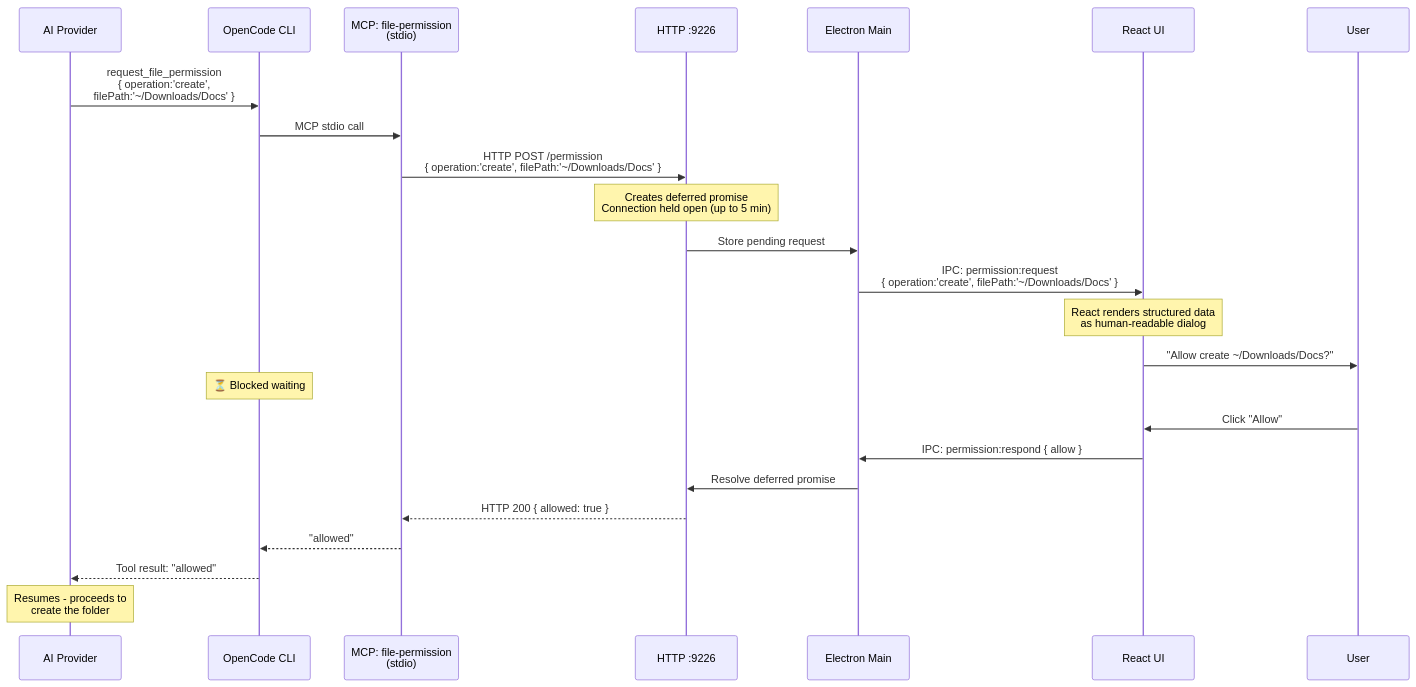
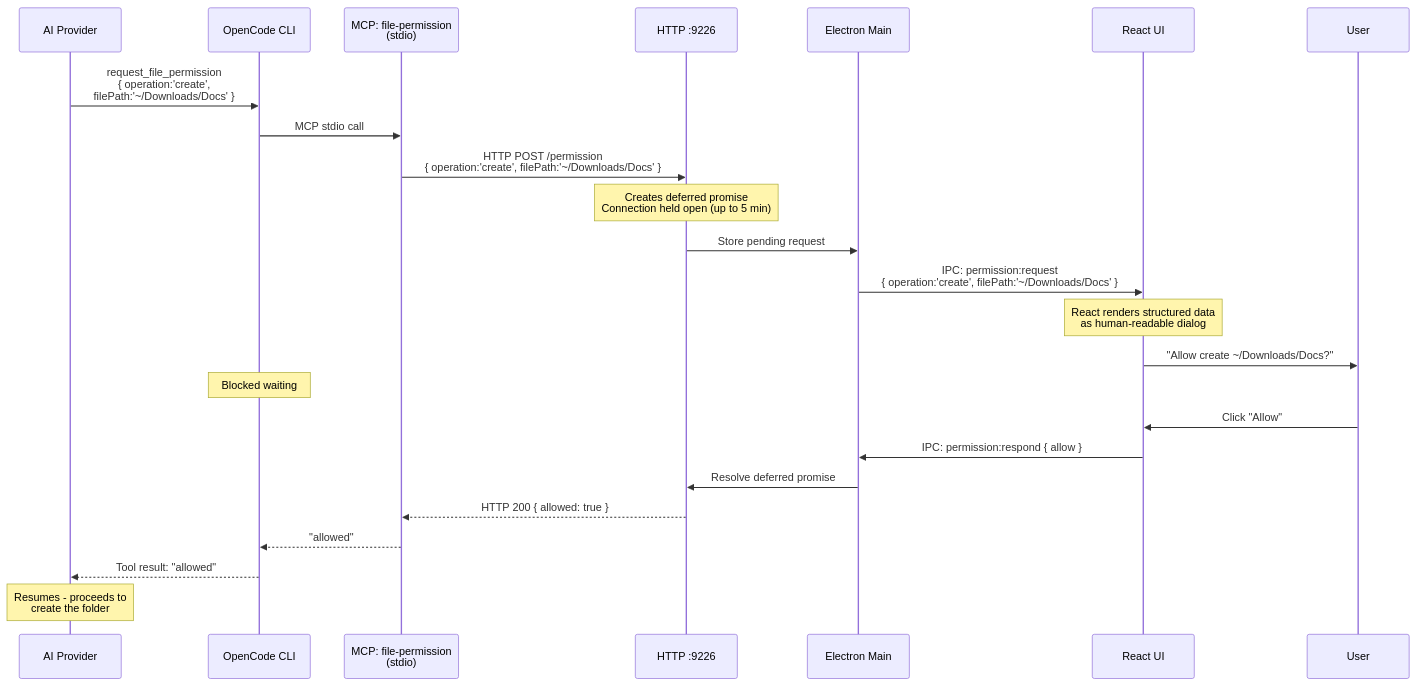
One commit to anastomotic-ai/anastomotic changed the seventh of 7 diagrams in docs/task-flow-slides.md. Above: the diagram before and after it, drawn with Mermaid. The commit also changed other lines of this file and 40 other files, not shown here.

````diff
--- a/docs/task-flow-slides.md
+++ b/docs/task-flow-slides.md
@@ -231,34 +231,34 @@
 ```mermaid
 sequenceDiagram
   participant AI as AI Provider
   participant OC as OpenCode CLI
   participant MCP_FP as MCP: file-permission<br/>(stdio)
   participant HTTP as HTTP :9226
   participant Main as Electron Main
   participant UI as React UI
   participant User
 
   AI->>OC: request_file_permission<br/>{ operation:'create',<br/>filePath:'~/Downloads/Docs' }
   OC->>MCP_FP: MCP stdio call
   MCP_FP->>HTTP: HTTP POST /permission<br/>{ operation:'create', filePath:'~/Downloads/Docs' }
 
   Note over HTTP: Creates deferred promise<br/>Connection held open (up to 5 min)
 
   HTTP->>Main: Store pending request
   Main->>UI: IPC: permission:request<br/>{ operation:'create', filePath:'~/Downloads/Docs' }
 
   Note over UI: React renders structured data<br/>as human-readable dialog
 
   UI->>User: "Allow create ~/Downloads/Docs?"
 
-  Note over OC: ⏳ Blocked waiting
+  Note over OC: Blocked waiting
 
   User->>UI: Click "Allow"
   UI->>Main: IPC: permission:respond { allow }
   Main->>HTTP: Resolve deferred promise
   HTTP-->>MCP_FP: HTTP 200 { allowed: true }
   MCP_FP-->>OC: "allowed"
   OC-->>AI: Tool result: "allowed"
 
   Note over AI: Resumes - proceeds to<br/>create the folder
 ```
````
